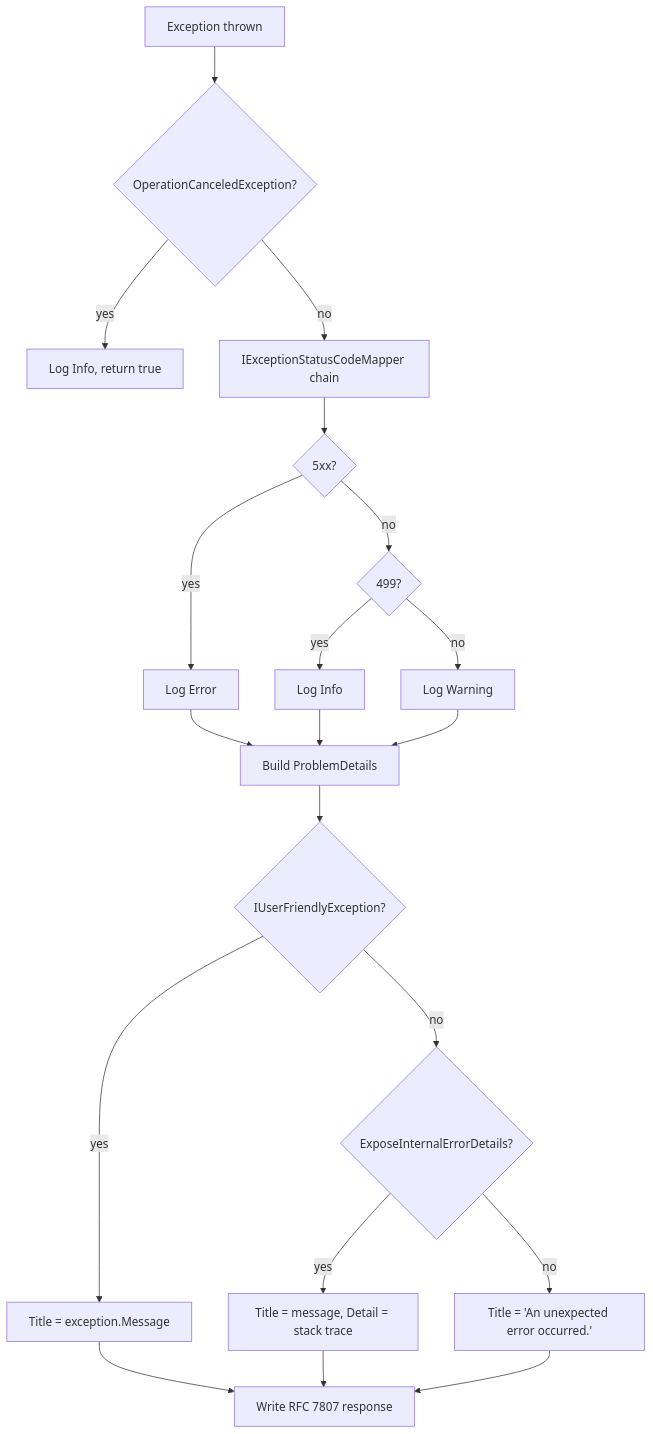
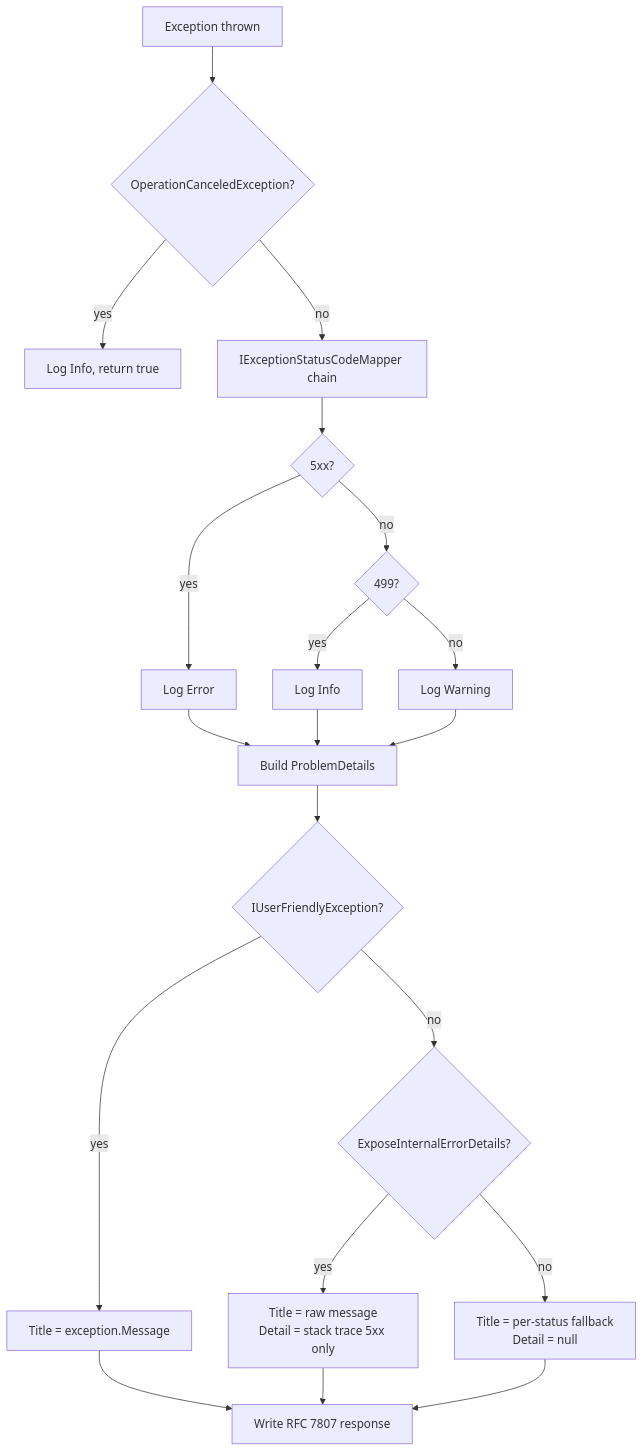
The diagram in src/content/docs/dotnet/api/exception-handling.mdx (granit-fx/granit-docs), drawn with Mermaid before and after one commit. The commit also changed other lines of this file and 28 other files, not shown here.

````diff
--- a/src/content/docs/dotnet/api/exception-handling.mdx
+++ b/src/content/docs/dotnet/api/exception-handling.mdx
@@ -32,22 +32,22 @@
 ```mermaid
 flowchart TD
     A[Exception thrown] --> B{OperationCanceledException?}
     B -->|yes| C[Log Info, return true]
     B -->|no| D[IExceptionStatusCodeMapper chain]
     D --> E{5xx?}
     E -->|yes| F[Log Error]
     E -->|no| G{499?}
     G -->|yes| H[Log Info]
     G -->|no| I[Log Warning]
     F --> J[Build ProblemDetails]
     H --> J
     I --> J
     J --> K{IUserFriendlyException?}
     K -->|yes| L[Title = exception.Message]
     K -->|no| M{ExposeInternalErrorDetails?}
-    M -->|yes| N[Title = message, Detail = stack trace]
-    M -->|no| O["Title = 'An unexpected error occurred.'"]
+    M -->|yes| N[Title = raw message<br/>Detail = stack trace 5xx only]
+    M -->|no| O[Title = per-status fallback<br/>Detail = null]
     L --> P[Write RFC 7807 response]
     N --> P
     O --> P
 ```
````
